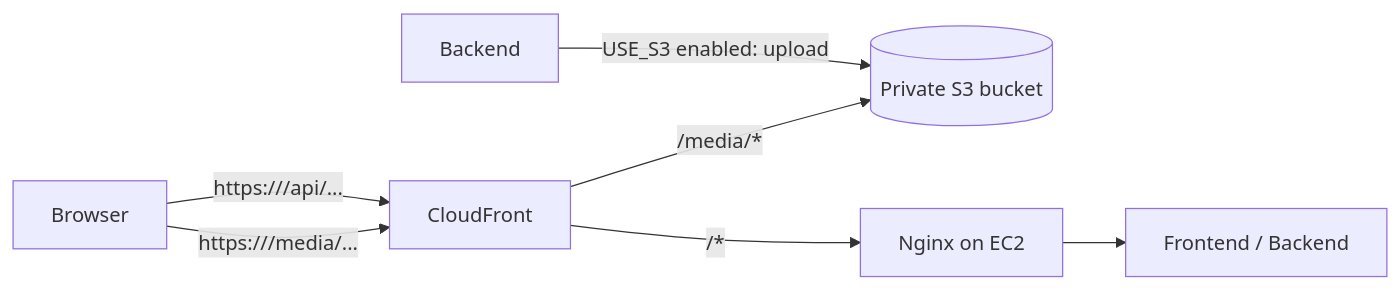
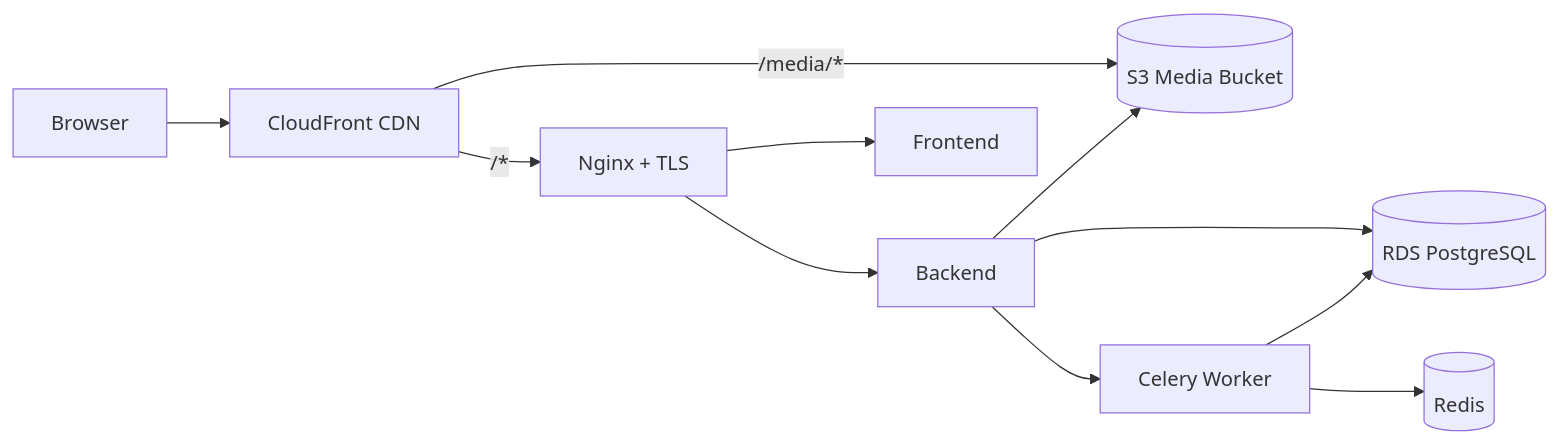
The third of 3 diagrams in README.md (whatislavx/world-of-development-of-opportunities-and-change-infra), drawn with Mermaid before and after one commit. The commit also changed other lines of this file, not shown here.

````diff
--- a/README.md
+++ b/README.md
@@ -347,9 +80,17 @@
 ```mermaid
 flowchart LR
-    Browser -->|"https://<SITE_DOMAIN>/media/..."| CDN[CloudFront]
-    Browser -->|"https://<SITE_DOMAIN>/api/..."| CDN
-    CDN -->|"/media/*"| S3[(Private S3 bucket)]
-    CDN -->|"/*"| Nginx[Nginx on EC2]
-    Nginx --> App[Frontend / Backend]
-    Backend -->|"USE_S3 enabled: upload"| S3
+    Browser --> CDN[CloudFront CDN]
+
+    CDN -->|/media/*| S3[(S3 Media Bucket)]
+    CDN -->|/*| NGINX[Nginx + TLS]
+
+    NGINX --> FE[Frontend]
+    NGINX --> BE[Backend]
+
+    BE --> S3
+    BE --> RDS[(RDS PostgreSQL)]
+    BE --> CEL[Celery Worker]
+
+    CEL --> RDS
+    CEL --> REDIS[(Redis)]
 ```
````
